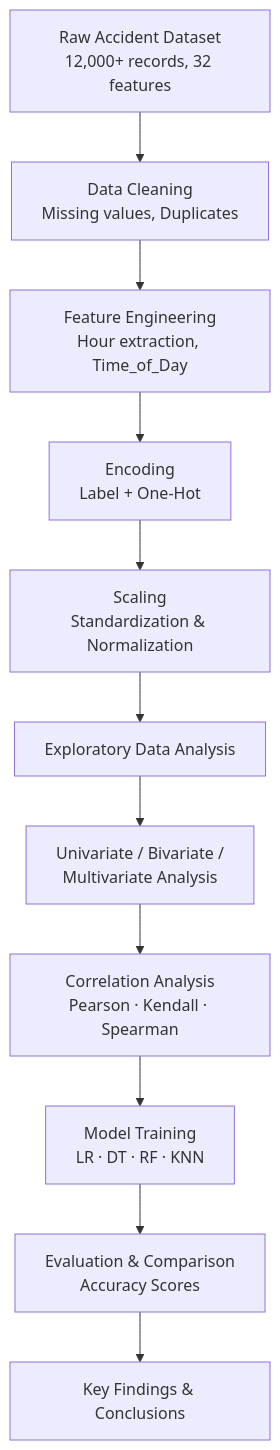
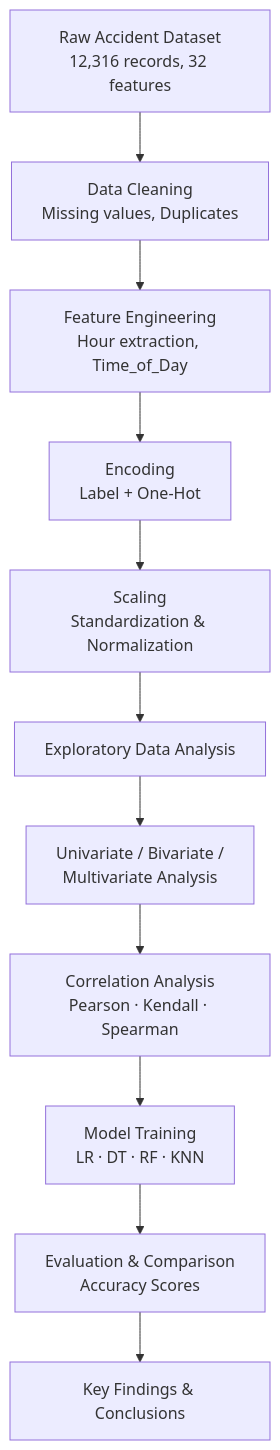
Before and after one commit to 06arnav/Road-traffic-accidents-severity-and-predection: the diagram in README.md, drawn with Mermaid. The commit also changed other lines of this file, not shown here.

````diff
--- a/README.md
+++ b/README.md
@@ -36,13 +36,13 @@
 ```mermaid
 flowchart TD
-    A[Raw Accident Dataset\n12,000+ records, 32 features] --> B[Data Cleaning\nMissing values, Duplicates]
+    A[Raw Accident Dataset\n12,316 records, 32 features] --> B[Data Cleaning\nMissing values, Duplicates]
     B --> C[Feature Engineering\nHour extraction, Time_of_Day]
     C --> D[Encoding\nLabel + One-Hot]
     D --> E[Scaling\nStandardization & Normalization]
     E --> F[Exploratory Data Analysis]
     F --> G[Univariate / Bivariate /\nMultivariate Analysis]
     G --> H[Correlation Analysis\nPearson · Kendall · Spearman]
     H --> I[Model Training\nLR · DT · RF · KNN]
     I --> J[Evaluation & Comparison\nAccuracy Scores]
     J --> K[Key Findings & Conclusions]
 ```
````
